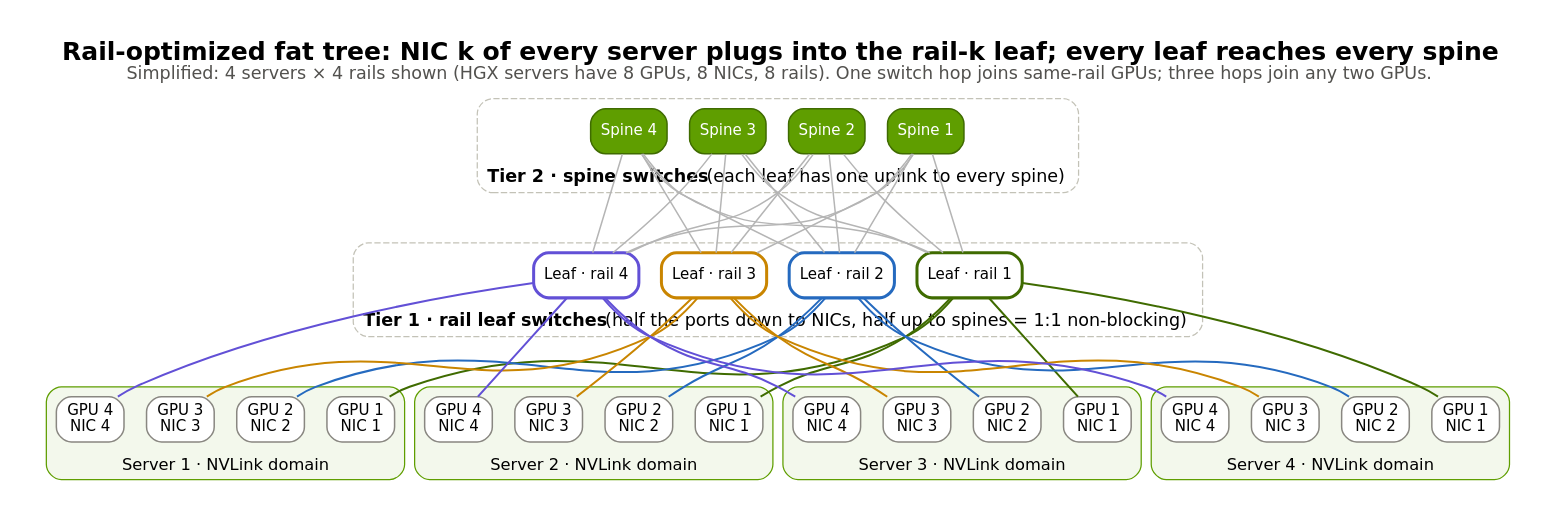
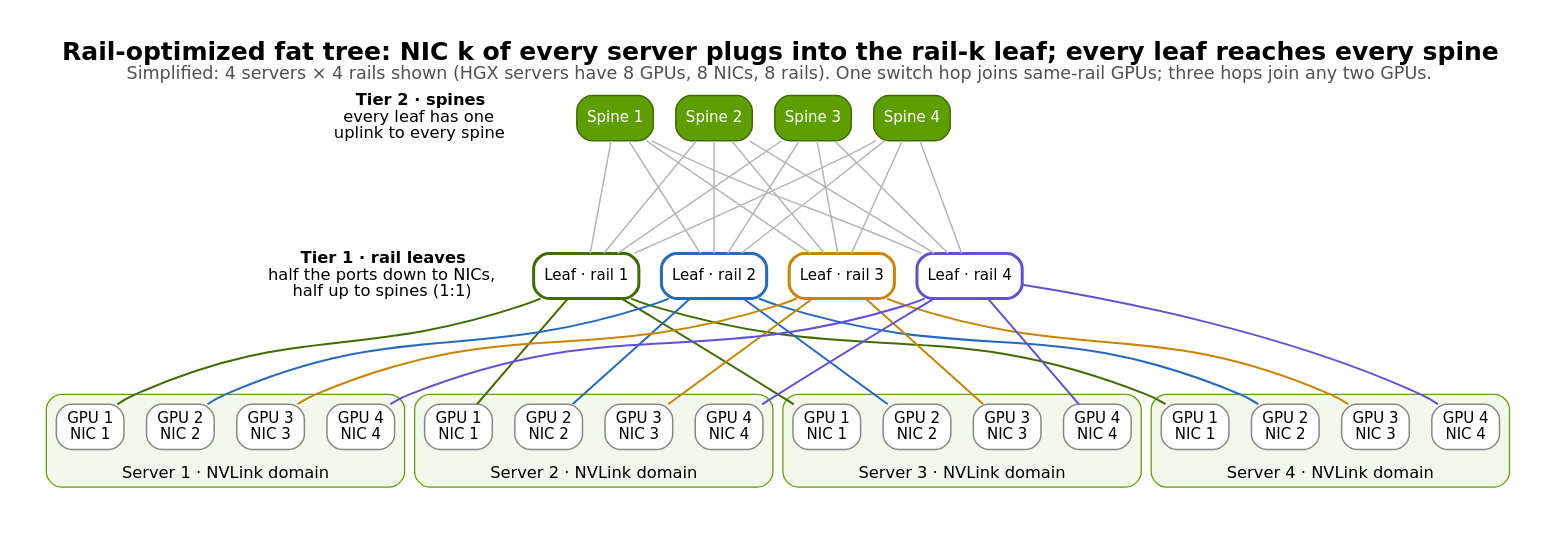
Before and after one commit to FrankHuang94/nvidia_deep_dive_claude: the diagram in diagrams/src/06-rail-optimized-fat-tree.dot, drawn with Graphviz. The commit also changed 53 other files, not shown here.

```diff
--- a/diagrams/src/06-rail-optimized-fat-tree.dot
+++ b/diagrams/src/06-rail-optimized-fat-tree.dot
@@ -1,60 +1,68 @@
 // Layer 06: a rail-optimized, two-tier (leaf-spine) fat tree for GPU servers.
 // Original drawing from public descriptions (NVIDIA DGX SuperPOD reference architectures, Meta SIGCOMM 2024);
+// (cluster labels are assigned so the rendered left-to-right order reads Server 1..4)
 // simplified to 4 servers x 4 rails (real HGX servers have 8 GPUs, 8 NICs and 8 rails).
 digraph rail_fat_tree {
-  graph [rankdir=BT, bgcolor="white", fontname="DejaVu Sans", fontsize=20, labelloc=t, nodesep=0.25, ranksep=1.1, pad=0.3,
+  graph [rankdir=TB, newrank=true, bgcolor="white", fontname="DejaVu Sans", fontsize=20, labelloc=t, nodesep=0.25, ranksep=1.1, pad=0.3,
          label=<<b>Rail-optimized fat tree: NIC k of every server plugs into the rail-k leaf; every leaf reaches every spine</b><br/><font point-size="14" color="#52514E">Simplified: 4 servers × 4 rails shown (HGX servers have 8 GPUs, 8 NICs, 8 rails). One switch hop joins same-rail GPUs; three hops join any two GPUs.</font>>];
   node [fontname="DejaVu Sans", fontsize=12, shape=box, style="rounded,filled", fillcolor="#FFFFFF", color="#898781", penwidth=1.2];
   edge [arrowhead=none, penwidth=1.6];
 
   // ---- Spine tier
-  subgraph cluster_spine {
-    label=<<b>Tier 2 · spine switches</b> (each leaf has one uplink to every spine)>; fontsize=14; color="#C3C2B7"; style="rounded,dashed";
-    rank=same;
+  { rank=same;
+    T2 [shape=plaintext, style="", fontsize=13, label=<<b>Tier 2 · spines</b><br/>every leaf has one<br/>uplink to every spine>];
     S1 [label="Spine 1", fillcolor="#5F9E00", fontcolor="#FFFFFF", color="#3F6B00"];
     S2 [label="Spine 2", fillcolor="#5F9E00", fontcolor="#FFFFFF", color="#3F6B00"];
     S3 [label="Spine 3", fillcolor="#5F9E00", fontcolor="#FFFFFF", color="#3F6B00"];
     S4 [label="Spine 4", fillcolor="#5F9E00", fontcolor="#FFFFFF", color="#3F6B00"];
   }
 
   // ---- Leaf tier: one leaf per rail
-  subgraph cluster_leaf {
-    label=<<b>Tier 1 · rail leaf switches</b> (half the ports down to NICs, half up to spines = 1:1 non-blocking)>; fontsize=14; color="#C3C2B7"; style="rounded,dashed";
-    rank=same;
+  { rank=same;
+    T1 [shape=plaintext, style="", fontsize=13, label=<<b>Tier 1 · rail leaves</b><br/>half the ports down to NICs,<br/>half up to spines (1:1)>];
     L1 [label="Leaf · rail 1", color="#3F6B00", penwidth=2.4];
     L2 [label="Leaf · rail 2", color="#256ABF", penwidth=2.4];
     L3 [label="Leaf · rail 3", color="#C98500", penwidth=2.4];
     L4 [label="Leaf · rail 4", color="#6250D6", penwidth=2.4];
   }
 
   // ---- Servers: GPUs joined by NVLink inside, each GPU with its own NIC
   subgraph cluster_srv1 {
-    label="Server 1 · NVLink domain"; fontsize=13; color="#5F9E00"; style="rounded"; bgcolor="#F3F8EC";
+    label="Server 3 · NVLink domain"; fontsize=13; color="#5F9E00"; style="rounded"; bgcolor="#F3F8EC"; labelloc=b;
     A1 [label="GPU 1\nNIC 1"]; A2 [label="GPU 2\nNIC 2"]; A3 [label="GPU 3\nNIC 3"]; A4 [label="GPU 4\nNIC 4"];
+    { rank=same; A1; A2; A3; A4; }
   }
   subgraph cluster_srv2 {
-    label="Server 2 · NVLink domain"; fontsize=13; color="#5F9E00"; style="rounded"; bgcolor="#F3F8EC";
+    label="Server 4 · NVLink domain"; fontsize=13; color="#5F9E00"; style="rounded"; bgcolor="#F3F8EC"; labelloc=b;
     B1 [label="GPU 1\nNIC 1"]; B2 [label="GPU 2\nNIC 2"]; B3 [label="GPU 3\nNIC 3"]; B4 [label="GPU 4\nNIC 4"];
+    { rank=same; B1; B2; B3; B4; }
   }
   subgraph cluster_srv3 {
-    label="Server 3 · NVLink domain"; fontsize=13; color="#5F9E00"; style="rounded"; bgcolor="#F3F8EC";
+    label="Server 1 · NVLink domain"; fontsize=13; color="#5F9E00"; style="rounded"; bgcolor="#F3F8EC"; labelloc=b;
     C1 [label="GPU 1\nNIC 1"]; C2 [label="GPU 2\nNIC 2"]; C3 [label="GPU 3\nNIC 3"]; C4 [label="GPU 4\nNIC 4"];
+    { rank=same; C1; C2; C3; C4; }
   }
   subgraph cluster_srv4 {
-    label="Server 4 · NVLink domain"; fontsize=13; color="#5F9E00"; style="rounded"; bgcolor="#F3F8EC";
+    label="Server 2 · NVLink domain"; fontsize=13; color="#5F9E00"; style="rounded"; bgcolor="#F3F8EC"; labelloc=b;
     D1 [label="GPU 1\nNIC 1"]; D2 [label="GPU 2\nNIC 2"]; D3 [label="GPU 3\nNIC 3"]; D4 [label="GPU 4\nNIC 4"];
+    { rank=same; D1; D2; D3; D4; }
   }
 
   // ---- NIC -> rail leaf (colored by rail)
-  edge [color="#3F6B00"]; A1 -> L1; B1 -> L1; C1 -> L1; D1 -> L1;
-  edge [color="#256ABF"]; A2 -> L2; B2 -> L2; C2 -> L2; D2 -> L2;
-  edge [color="#C98500"]; A3 -> L3; B3 -> L3; C3 -> L3; D3 -> L3;
-  edge [color="#6250D6"]; A4 -> L4; B4 -> L4; C4 -> L4; D4 -> L4;
+  edge [color="#3F6B00"]; L1 -> A1; L1 -> B1; L1 -> C1; L1 -> D1;
+  edge [color="#256ABF"]; L2 -> A2; L2 -> B2; L2 -> C2; L2 -> D2;
+  edge [color="#C98500"]; L3 -> A3; L3 -> B3; L3 -> C3; L3 -> D3;
+  edge [color="#6250D6"]; L4 -> A4; L4 -> B4; L4 -> C4; L4 -> D4;
 
+  // ---- keep left-to-right order
+  edge [style=invis]; A4 -> B1; B4 -> C1; C4 -> D1; A1 -> A2 -> A3 -> A4; B1 -> B2 -> B3 -> B4; C1 -> C2 -> C3 -> C4; D1 -> D2 -> D3 -> D4;
+  { rank=same; A1; B1; C1; D1; }
+  T2 -> T1; T2 -> S1; S1 -> S2; S2 -> S3; S3 -> S4; T1 -> L1; L1 -> L2; L2 -> L3; L3 -> L4;
+  edge [style=solid];
   // ---- Leaf -> spine (full mesh between tiers)
   edge [color="#B5B5B5", penwidth=1.2];
-  L1 -> S1; L1 -> S2; L1 -> S3; L1 -> S4;
-  L2 -> S1; L2 -> S2; L2 -> S3; L2 -> S4;
-  L3 -> S1; L3 -> S2; L3 -> S3; L3 -> S4;
-  L4 -> S1; L4 -> S2; L4 -> S3; L4 -> S4;
+  S1 -> L1; S2 -> L1; S3 -> L1; S4 -> L1;
+  S1 -> L2; S2 -> L2; S3 -> L2; S4 -> L2;
+  S1 -> L3; S2 -> L3; S3 -> L3; S4 -> L3;
+  S1 -> L4; S2 -> L4; S3 -> L4; S4 -> L4;
 }
```
